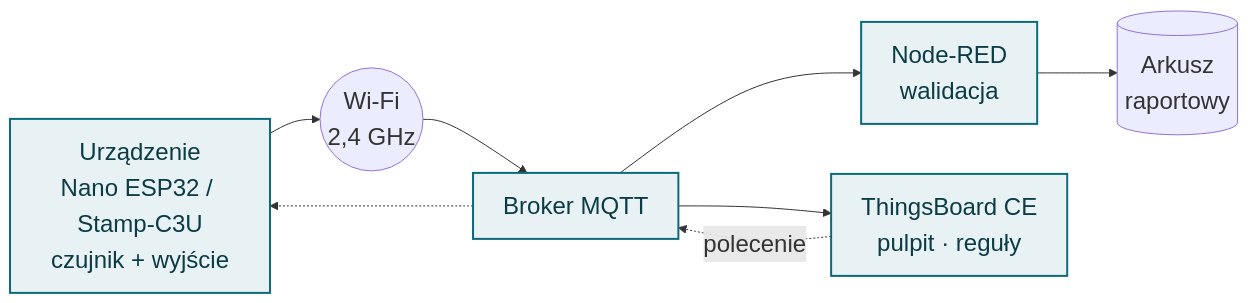
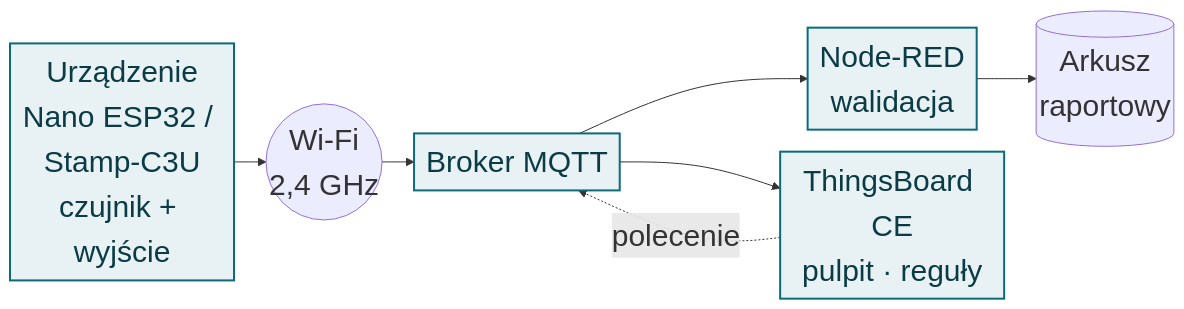
Before and after one commit to moondec/iot_lectures: the second of 2 diagrams in slides/01-architektura-i-wymagania.qmd, drawn with Mermaid. The commit also changed other lines of this file and 17 other files, not shown here.

First line of the commit message:
Make Mermaid diagrams legible and stop label clipping

````diff
--- a/slides/01-architektura-i-wymagania.qmd
+++ b/slides/01-architektura-i-wymagania.qmd
@@ -337,18 +335,18 @@
 ```{mermaid}
-%%| fig-width: 7.6
-%%| fig-height: 3.4
-%%{init: {"themeVariables": {"fontSize": "24px"}}}%%
+%%| fig-width: 12
+%%| fig-height: 3.2
+%%{init: {"themeVariables": {"fontSize": "30px"}, "flowchart": {"nodeSpacing": 22, "rankSpacing": 32, "padding": 6, "diagramPadding": 4}}}%%
 flowchart LR
     D["Urządzenie<br>Nano ESP32 / Stamp-C3U<br>czujnik + wyjście"]
     W(("Wi-Fi<br>2,4 GHz"))
     M["Broker MQTT"]
     N["Node-RED<br>walidacja"]
     G[("Arkusz<br>raportowy")]
     T["ThingsBoard CE<br>pulpit · reguły"]
     D --> W --> M
     M --> N --> G
     M --> T
-    T -. "polecenie" .-> M -.-> D
+    T -. "polecenie" .-> M
     classDef k fill:#e8f2f4,stroke:#0b6b78,stroke-width:2px,color:#0b3b45
     class D,M,N,T k
 ```
````
